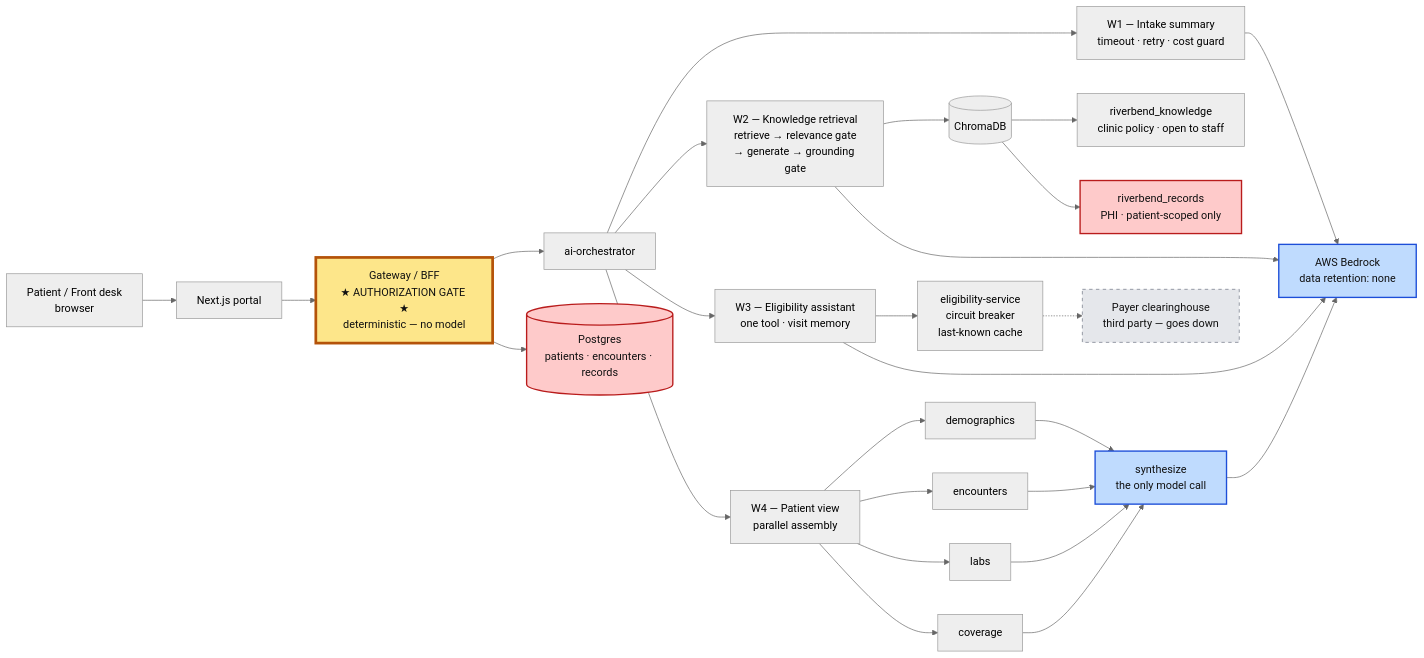
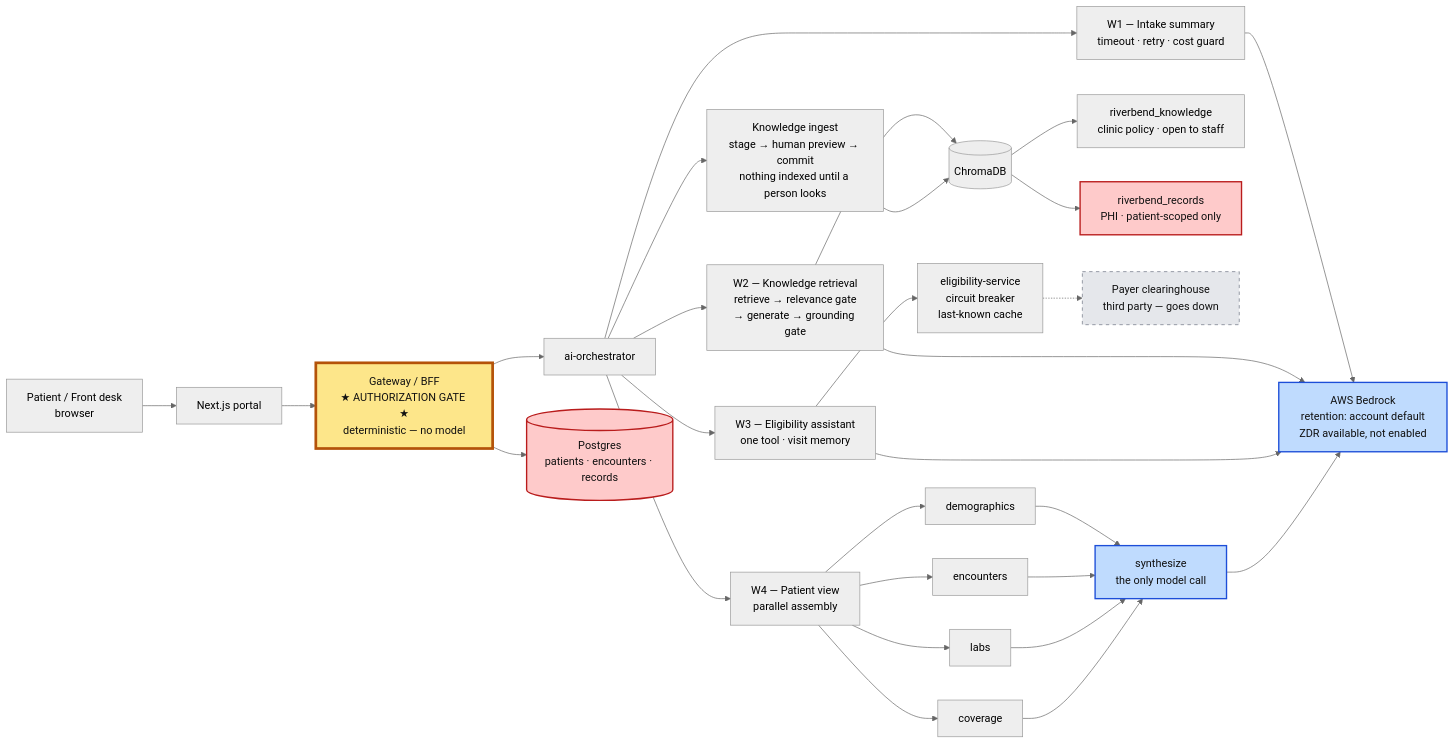
The diagram in docs/showcase/agentic-architecture.mmd (2463-FDE/riverbend-portal), drawn with Mermaid (neutral theme) before and after one commit. The commit also changed 4 other files, not shown here.

First line of the commit message:
docs(deck): add the under-the-hood diagram after the demo

```diff
--- a/docs/showcase/agentic-architecture.mmd
+++ b/docs/showcase/agentic-architecture.mmd
@@ -1,40 +1,42 @@
 graph LR
     U["Patient / Front desk<br/>browser"] --> P["Next.js portal"]
     P --> G["Gateway / BFF<br/>★ AUTHORIZATION GATE ★<br/>deterministic — no model"]
     G --> AO["ai-orchestrator"]
     G --> DB[("Postgres<br/>patients · encounters · records")]
 
     AO --> W1["W1 — Intake summary<br/>timeout · retry · cost guard"]
     AO --> W2["W2 — Knowledge retrieval<br/>retrieve → relevance gate<br/>→ generate → grounding gate"]
     AO --> W3["W3 — Eligibility assistant<br/>one tool · visit memory"]
     AO --> W4["W4 — Patient view<br/>parallel assembly"]
 
     W2 --> CH[("ChromaDB")]
+    AO --> ING["Knowledge ingest<br/>stage → human preview → commit<br/>nothing indexed until a person looks"]
+    ING --> CH
     CH --> CK["riverbend_knowledge<br/>clinic policy · open to staff"]
     CH --> CR["riverbend_records<br/>PHI · patient-scoped only"]
 
     W3 --> ES["eligibility-service<br/>circuit breaker<br/>last-known cache"]
     ES -.-> PAY["Payer clearinghouse<br/>third party — goes down"]
 
     W4 --> D1["demographics"]
     W4 --> D2["encounters"]
     W4 --> D3["labs"]
     W4 --> D4["coverage"]
     D1 --> SY["synthesize<br/>the only model call"]
     D2 --> SY
     D3 --> SY
     D4 --> SY
 
-    W1 --> BR["AWS Bedrock<br/>data retention: none"]
+    W1 --> BR["AWS Bedrock<br/>retention: account default<br/>ZDR available, not enabled"]
     W2 --> BR
     W3 --> BR
     SY --> BR
 
     classDef gate fill:#fde68a,stroke:#b45309,stroke-width:4px,color:#111
     classDef phi fill:#fecaca,stroke:#b91c1c,stroke-width:2px,color:#111
     classDef ext fill:#e5e7eb,stroke:#6b7280,stroke-dasharray:5 5,color:#111
     classDef model fill:#bfdbfe,stroke:#1d4ed8,stroke-width:2px,color:#111
     class G gate
     class CR,DB phi
     class PAY ext
     class BR,SY model
```
